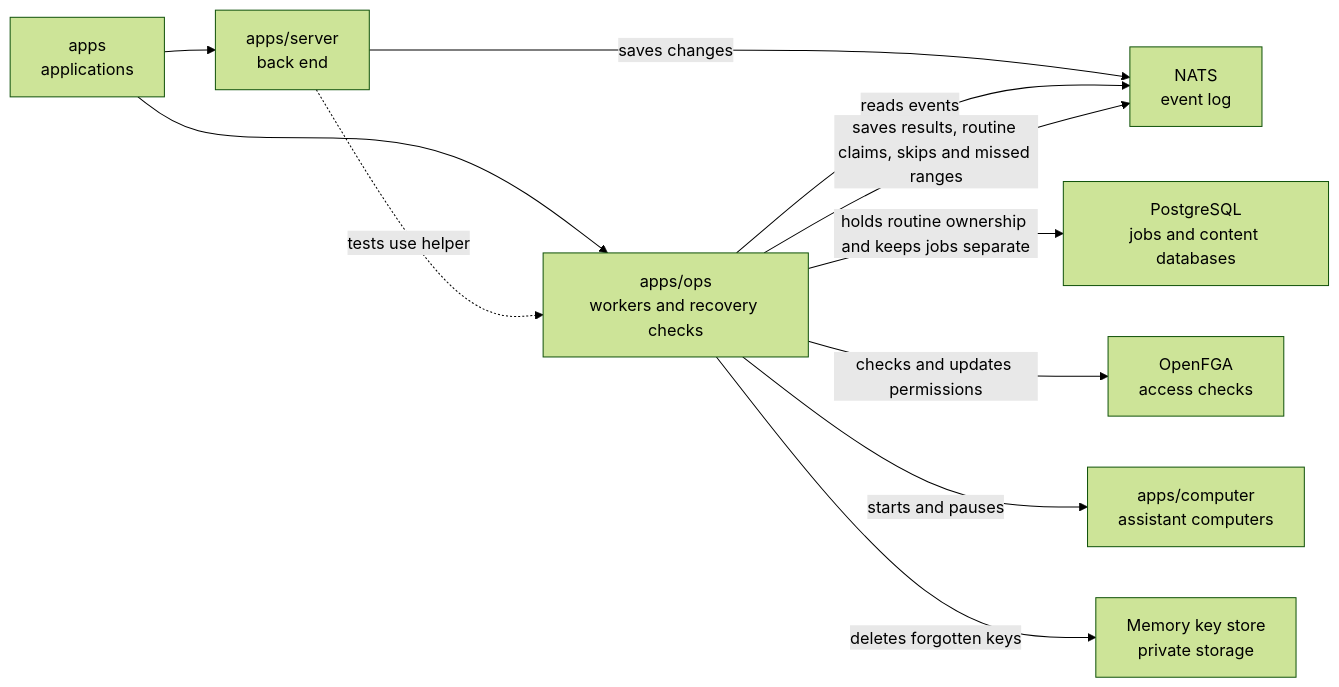
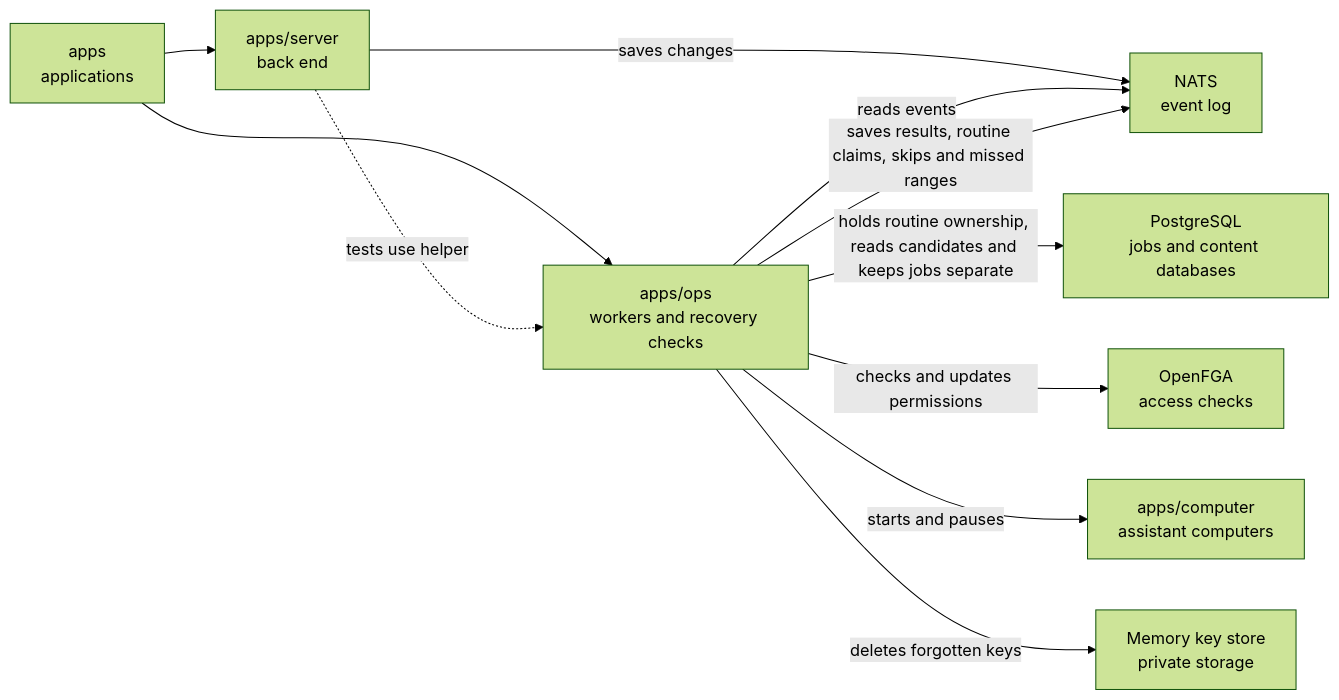
The diagram in apps/ops/README.md (elewa-git/opencrane-new), drawn with Mermaid (forest theme) before and after one commit. The commit also changed other lines of this file and 8 other files, not shown here.

````diff
--- a/apps/ops/README.md
+++ b/apps/ops/README.md
@@ -17,13 +17,13 @@
 ```mermaid
 flowchart LR
   apps["apps<br/>applications"] --> ops["apps/ops<br/>workers and recovery checks"]
   apps --> server["apps/server<br/>back end"]
   server -.->|tests use helper| ops
   server -->|saves changes| nats["NATS<br/>event log"]
   ops -->|reads events| nats
   ops -->|saves results, routine claims, skips and missed ranges| nats
-  ops -->|holds routine ownership and keeps jobs separate| pg["PostgreSQL<br/>jobs and content databases"]
+  ops -->|holds routine ownership, reads candidates and keeps jobs separate| pg["PostgreSQL<br/>jobs and content databases"]
   ops -->|checks and updates permissions| fga["OpenFGA<br/>access checks"]
   ops -->|starts and pauses| computer["apps/computer<br/>assistant computers"]
   ops -->|deletes forgotten keys| keys["Memory key store<br/>private storage"]
 ```
````
